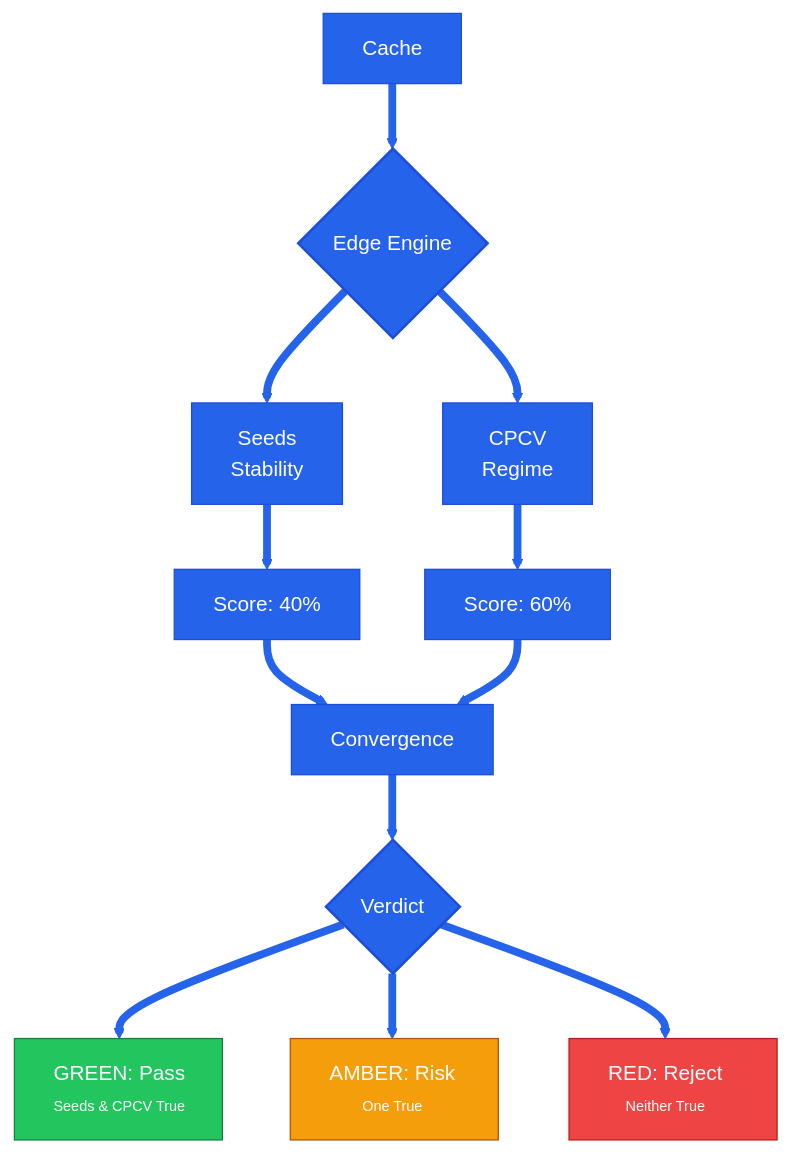
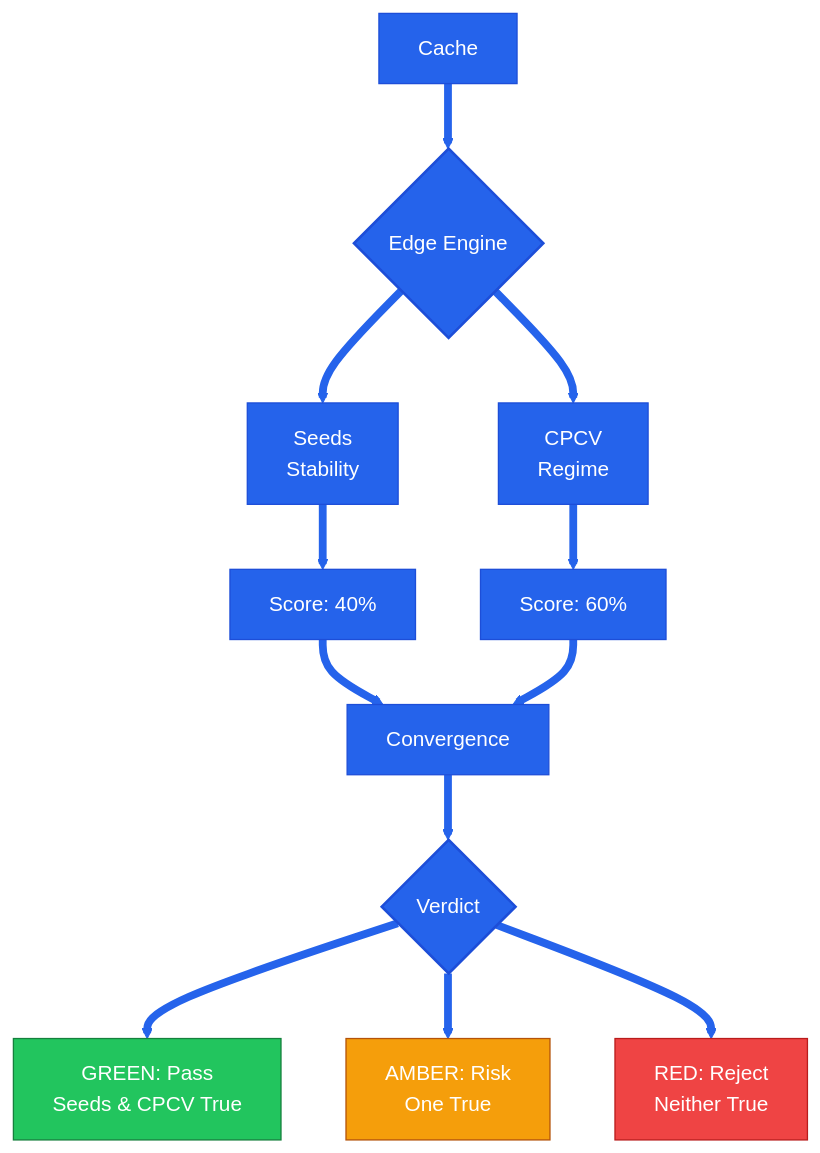
The fourth of 4 diagrams in README.md (Pablo-Molla-Charlez/SecondaryModel), drawn with Mermaid before and after one commit. The commit also changed other lines of this file, not shown here.

Commit message:
Improved Readme8

````diff
--- a/README.md
+++ b/README.md
@@ -142,23 +142,23 @@
 ```mermaid
 %%{init: {'theme': 'base', 'themeVariables': { 'primaryColor': '#2563eb', 'primaryBorderColor': '#1d4ed8', 'primaryTextColor': '#ffffff', 'secondaryColor': '#f59e0b', 'tertiaryColor': '#dcfce7', 'lineColor': '#0f172a', 'background': '#ffffff'}}}%%
 flowchart TD
     A[Cache] --> B{Edge Engine}
     B --> C[Seeds<br/>Stability]
     B --> D[CPCV<br/>Regime]
     C --> E[Score: 40%]
     D --> F[Score: 60%]
     E & F --> G[Convergence]
     G --> H{Verdict}
-    H --> I["GREEN: Pass<br/><small><small>Seeds & CPCV True</small></small>"]
-    H --> J["AMBER: Risk<br/><small><small>One True</small></small>"]
-    H --> K["RED: Reject<br/><small><small>Neither True</small></small>"]
-    classDef green fill:#22c55e,stroke:#15803d,color:#ffffff,width:160px;
-    classDef amber fill:#f59e0b,stroke:#b45309,color:#ffffff,width:160px;
-    classDef red fill:#ef4444,stroke:#b91c1c,color:#ffffff,width:160px;
-    classDef gate fill:#2563eb,stroke:#1d4ed8,color:#ffffff,stroke-width:2px,width:150px;
+    H --> I[GREEN: Pass<br/>Seeds & CPCV True]
+    H --> J[AMBER: Risk<br/>One True]
+    H --> K[RED: Reject<br/>Neither True]
+    classDef green fill:#22c55e,stroke:#15803d,color:#ffffff;
+    classDef amber fill:#f59e0b,stroke:#b45309,color:#ffffff;
+    classDef red fill:#ef4444,stroke:#b91c1c,color:#ffffff;
+    classDef gate fill:#2563eb,stroke:#1d4ed8,color:#ffffff,stroke-width:2px;
     class B,H gate;
     class I green;
     class J amber;
     class K red;
     linkStyle default stroke:#2563eb,stroke-width:6px;
 ```
````
